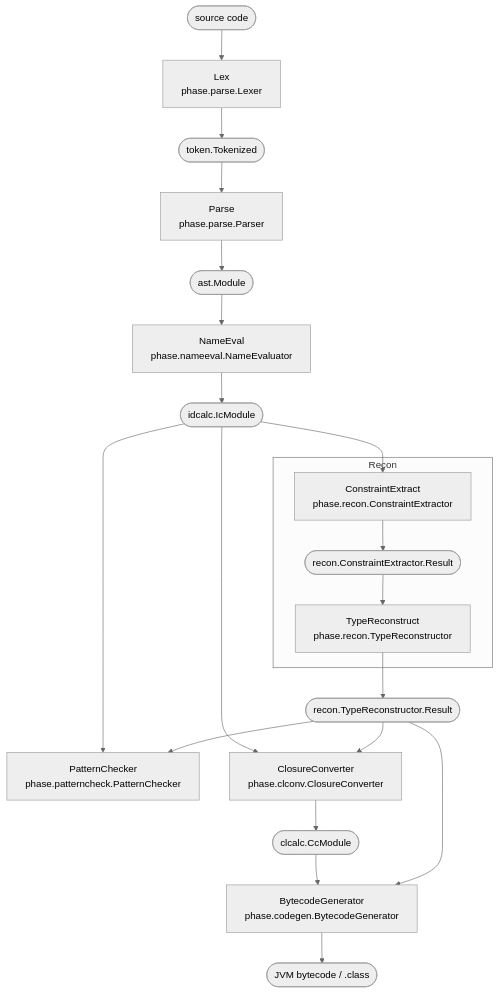
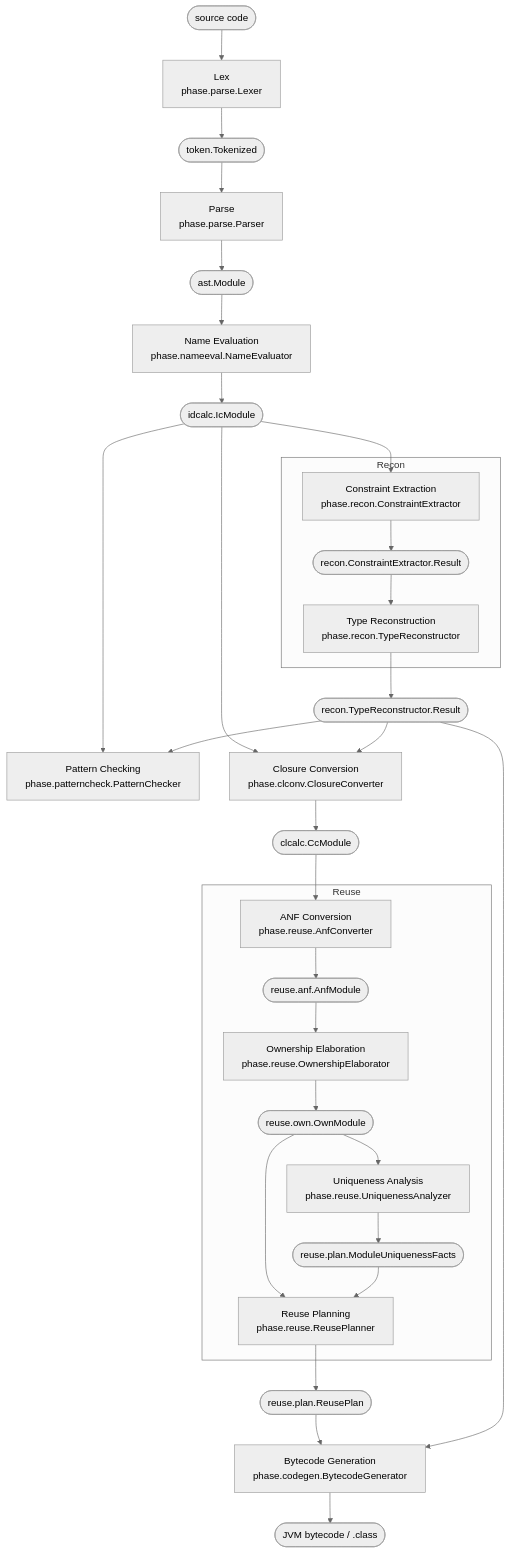
One commit to YuyaAizawa/zlk changed the diagram in ARCHITECTURE.md. Above: the diagram before and after it, drawn with Mermaid (neutral theme). The commit also changed other lines of this file and 70 other files, not shown here.

````diff
--- a/ARCHITECTURE.md
+++ b/ARCHITECTURE.md
@@ -7,27 +7,64 @@
 ```mermaid
-flowchart TD
-    Source(["source code"]) --> Lexer["Lex<br/>phase.parse.Lexer"]
-    Lexer --> Tokens(["token.Tokenized"])
-    Tokens --> Parser["Parse<br/>phase.parse.Parser"]
-    Parser --> AST(["ast.Module"])
-    AST --> NameEvaluator["NameEval<br/>phase.nameeval.NameEvaluator"]
-    NameEvaluator --> IC(["idcalc.IcModule"])
+flowchart TB
+    Source(["source code"])
+    Tokens(["token.Tokenized"])
+    AST(["ast.Module"])
+    IC(["idcalc.IcModule"])
+    Extracted(["recon.ConstraintExtractor.Result"])
+    Types(["recon.TypeReconstructor.Result"])
+    CC(["clcalc.CcModule"])
+    ANF(["reuse.anf.AnfModule"])
+    Own(["reuse.own.OwnModule"])
+    Unique(["reuse.plan.ModuleUniquenessFacts"])
+    ReusePlanned(["reuse.plan.ReusePlan"])
+    Class(["JVM bytecode / .class"])
+    Lexer["Lex<br/>phase.parse.Lexer"]
+    Parser["Parse<br/>phase.parse.Parser"]
+    NameEval["Name Evaluation<br/>phase.nameeval.NameEvaluator"]
+    Extract["Constraint Extraction<br/>phase.recon.ConstraintExtractor"]
+    Reconstruct["Type Reconstruction<br/>phase.recon.TypeReconstructor"]
+    PatternCheck["Pattern Checking<br/>phase.patterncheck.PatternChecker"]
+    ClosureConv["Closure Conversion<br/>phase.clconv.ClosureConverter"]
+    BytecodeGen["Bytecode Generation<br/>phase.codegen.BytecodeGenerator"]
+    AnfConv["ANF Conversion<br/>phase.reuse.AnfConverter"]
+    OwnElab["Ownership Elaboration<br/>phase.reuse.OwnershipElaborator"]
+    UniqueYzer["Uniqueness Analysis<br/>phase.reuse.UniquenessAnalyzer"]
+    ReusePlan["Reuse Planning<br/>phase.reuse.ReusePlanner"]
 
-    IC --> Extractor["ConstraintExtract<br/>phase.recon.ConstraintExtractor"]
+    Source --> Lexer
+    Lexer --> Tokens
+    Tokens --> Parser
+    Parser --> AST
+    AST --> NameEval
+    NameEval --> IC
+
+    IC --> Extract
     subgraph Recon
-        Extractor --> Extracted(["recon.ConstraintExtractor.Result"])
-        Extracted --> Reconstructor["TypeReconstruct<br/>phase.recon.TypeReconstructor"]
+        Extract --> Extracted
+        Extracted --> Reconstruct
     end
-    Reconstructor --> Types(["recon.TypeReconstructor.Result"])
+    Reconstruct --> Types
 
-    IC --> PatternChecker["PatternChecker<br/>phase.patterncheck.PatternChecker"]
-    Types --> PatternChecker
+    IC --> PatternCheck
+    Types --> PatternCheck
 
-    IC --> ClosureConverter["ClosureConverter<br/>phase.clconv.ClosureConverter"]
-    Types --> ClosureConverter
-    ClosureConverter --> CC(["clcalc.CcModule"])
+    IC --> ClosureConv
+    Types --> ClosureConv
+    ClosureConv --> CC
 
-    CC --> BytecodeGenerator["BytecodeGenerator<br/>phase.codegen.BytecodeGenerator"]
-    Types --> BytecodeGenerator
-    BytecodeGenerator --> Class(["JVM bytecode / .class"])
+    CC --> AnfConv
+    subgraph Reuse
+        AnfConv --> ANF
+        ANF --> OwnElab
+        OwnElab --> Own
+        Own --> UniqueYzer
+        UniqueYzer --> Unique
+        Own --> ReusePlan
+        Unique --> ReusePlan
+    end
+    ReusePlan --> ReusePlanned
+
+    ReusePlanned --> BytecodeGen
+    Types --> BytecodeGen
+    BytecodeGen --> Class
 ```
````
